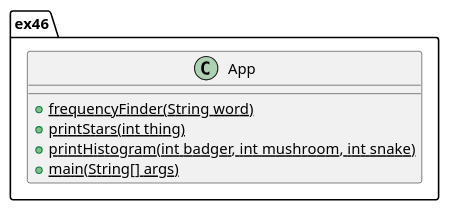
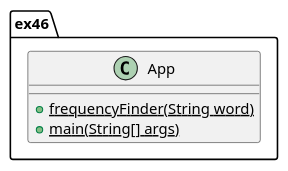
One commit to ayeekee/yeekee-cop3330-assignment3 changed the diagram in src/main/java/ex46/ex46cd.puml. Above: the diagram before and after it, drawn with PlantUML. The commit also changed 2 other files, not shown here.

```diff
--- a/src/main/java/ex46/ex46cd.puml
+++ b/src/main/java/ex46/ex46cd.puml
@@ -1,12 +1,10 @@
 @startuml
 'https://plantuml.com/class-diagram
 
 package ex46{
     class App{
         +{static}frequencyFinder(String word)
-        +{static}printStars(int thing)
-        +{static}printHistogram(int badger, int mushroom, int snake)
         +{static}main(String[] args)
     }
 }
 @enduml
```
